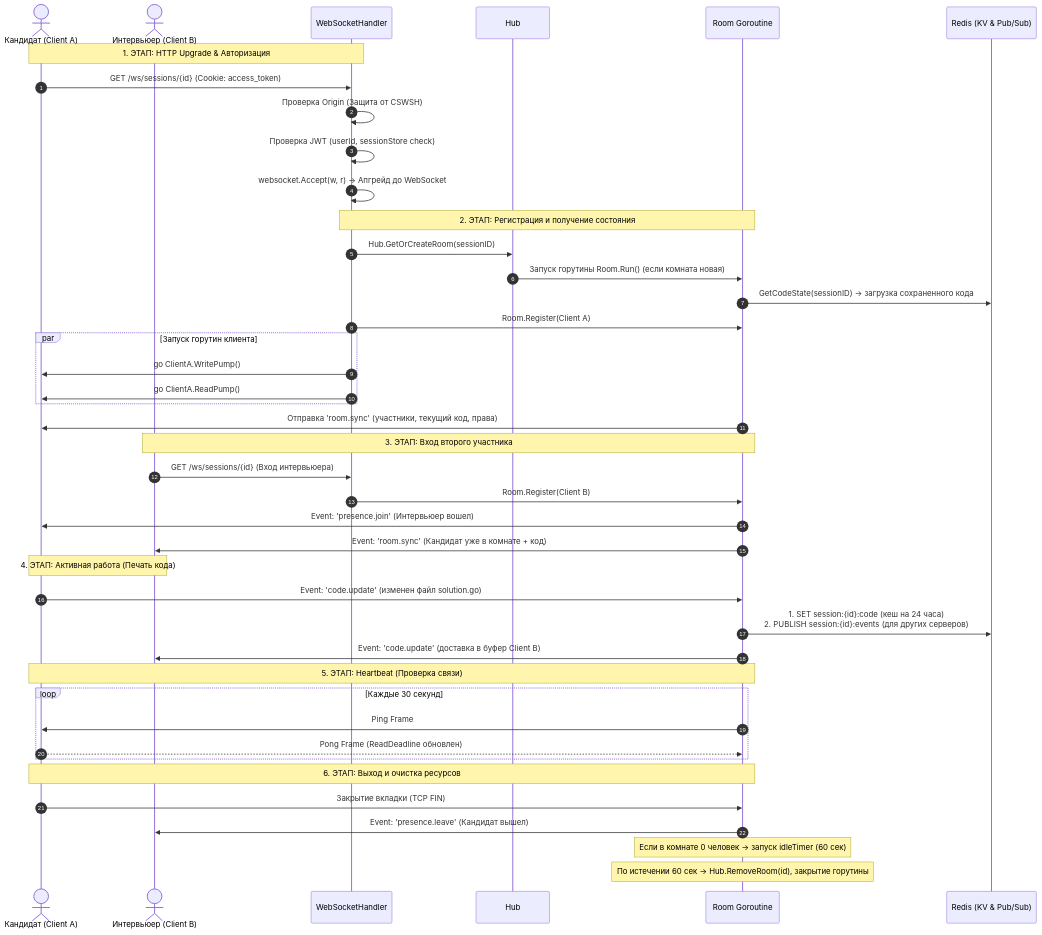
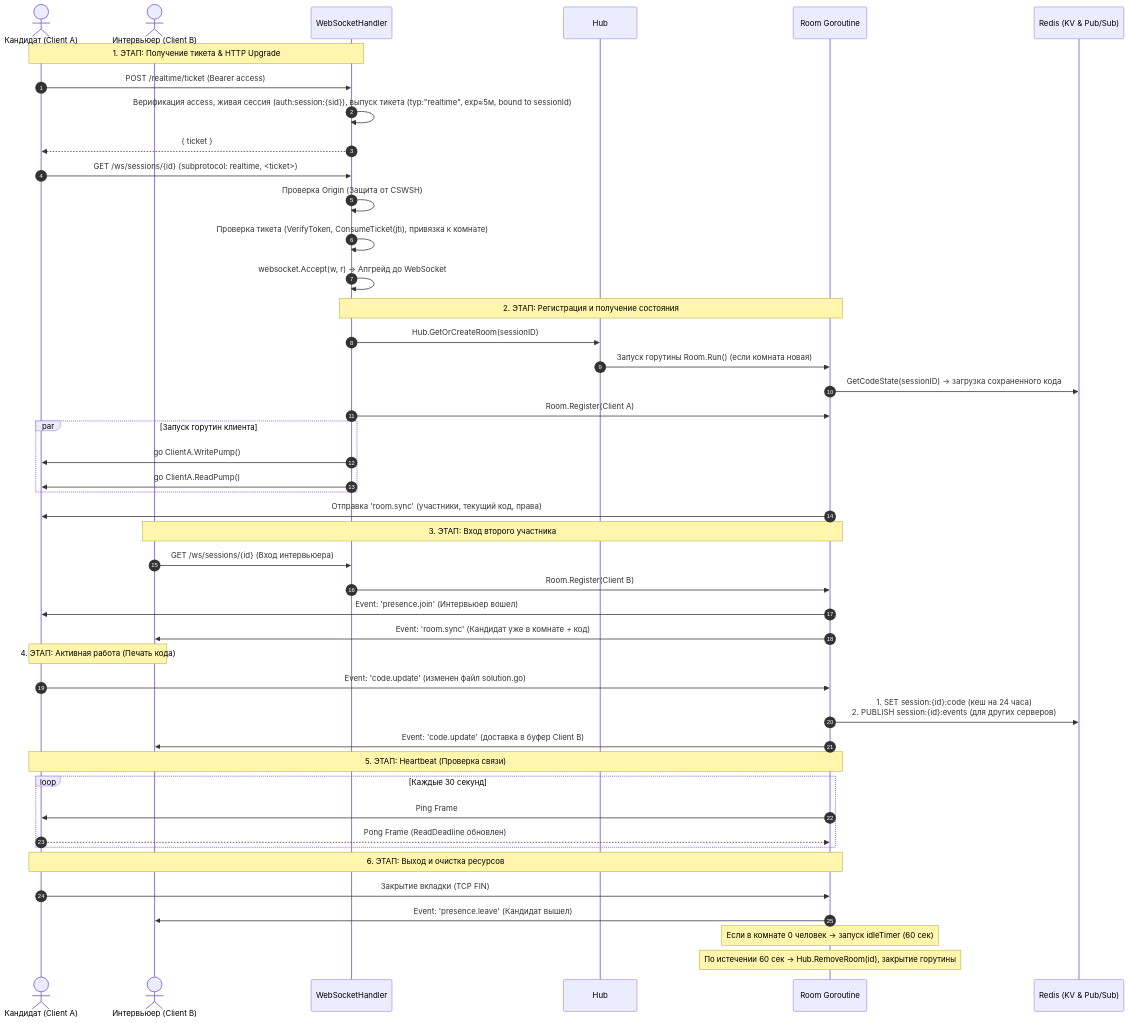
The second of 2 diagrams in docs/WEBSOCKET_ARCHITECTURE.md (Riko4502/MockInterviewAI), drawn with Mermaid before and after one commit. The commit also changed other lines of this file and 63 other files, not shown here.

First line of the commit message:
feat: realtime ws auth (#114)

````diff
--- a/docs/WEBSOCKET_ARCHITECTURE.md
+++ b/docs/WEBSOCKET_ARCHITECTURE.md
@@ -119,52 +119,55 @@
 ```mermaid
 sequenceDiagram
     autonumber
     actor Candidate as Кандидат (Client A)
     actor Interviewer as Интервьюер (Client B)
     participant Handler as WebSocketHandler
     participant Hub as Hub
     participant Room as Room Goroutine
     participant Redis as Redis (KV & Pub/Sub)
 
-    Note over Candidate,Handler: 1. ЭТАП: HTTP Upgrade & Авторизация
-    Candidate->>Handler: GET /ws/sessions/{id} (Cookie: access_token)
+    Note over Candidate,Handler: 1. ЭТАП: Получение тикета & HTTP Upgrade
+    Candidate->>Handler: POST /realtime/ticket (Bearer access)
+    Handler->>Handler: Верификация access, живая сессия (auth:session:{sid}), выпуск тикета (typ:"realtime", exp≈5м, bound to sessionId)
+    Handler-->>Candidate: { ticket }
+    Candidate->>Handler: GET /ws/sessions/{id} (subprotocol: realtime, <ticket>)
     Handler->>Handler: Проверка Origin (Защита от CSWSH)
-    Handler->>Handler: Проверка JWT (userId, sessionStore check)
+    Handler->>Handler: Проверка тикета (VerifyToken, ConsumeTicket(jti), привязка к комнате)
     Handler->>Handler: websocket.Accept(w, r) -> Апгрейд до WebSocket
     
     Note over Handler,Room: 2. ЭТАП: Регистрация и получение состояния
     Handler->>Hub: Hub.GetOrCreateRoom(sessionID)
     Hub->>Room: Запуск горутины Room.Run() (если комната новая)
     Room->>Redis: GetCodeState(sessionID) -> загрузка сохраненного кода
     Handler->>Room: Room.Register(Client A)
     
     par Запуск горутин клиента
         Handler->>Candidate: go ClientA.WritePump()
         Handler->>Candidate: go ClientA.ReadPump()
     end
 
     Room->>Candidate: Отправка 'room.sync' (участники, текущий код, права)
 
     Note over Interviewer,Room: 3. ЭТАП: Вход второго участника
     Interviewer->>Handler: GET /ws/sessions/{id} (Вход интервьюера)
     Handler->>Room: Room.Register(Client B)
     Room->>Candidate: Event: 'presence.join' (Интервьюер вошел)
     Room->>Interviewer: Event: 'room.sync' (Кандидат уже в комнате + код)
 
     Note over Candidate,Interviewer: 4. ЭТАП: Активная работа (Печать кода)
     Candidate->>Room: Event: 'code.update' (изменен файл solution.go)
     Room->>Redis: 1. SET session:{id}:code (кеш на 24 часа)<br/>2. PUBLISH session:{id}:events (для других серверов)
     Room->>Interviewer: Event: 'code.update' (доставка в буфер Client B)
 
     Note over Candidate,Room: 5. ЭТАП: Heartbeat (Проверка связи)
     loop Каждые 30 секунд
         Room->>Candidate: Ping Frame
         Candidate-->>Room: Pong Frame (ReadDeadline обновлен)
     end
 
     Note over Candidate,Room: 6. ЭТАП: Выход и очистка ресурсов
     Candidate->>Room: Закрытие вкладки (TCP FIN)
     Room->>Interviewer: Event: 'presence.leave' (Кандидат вышел)
     Note over Room: Если в комнате 0 человек -> запуск idleTimer (60 сек)
     Note over Room: По истечении 60 сек -> Hub.RemoveRoom(id), закрытие горутины
 ```
````
